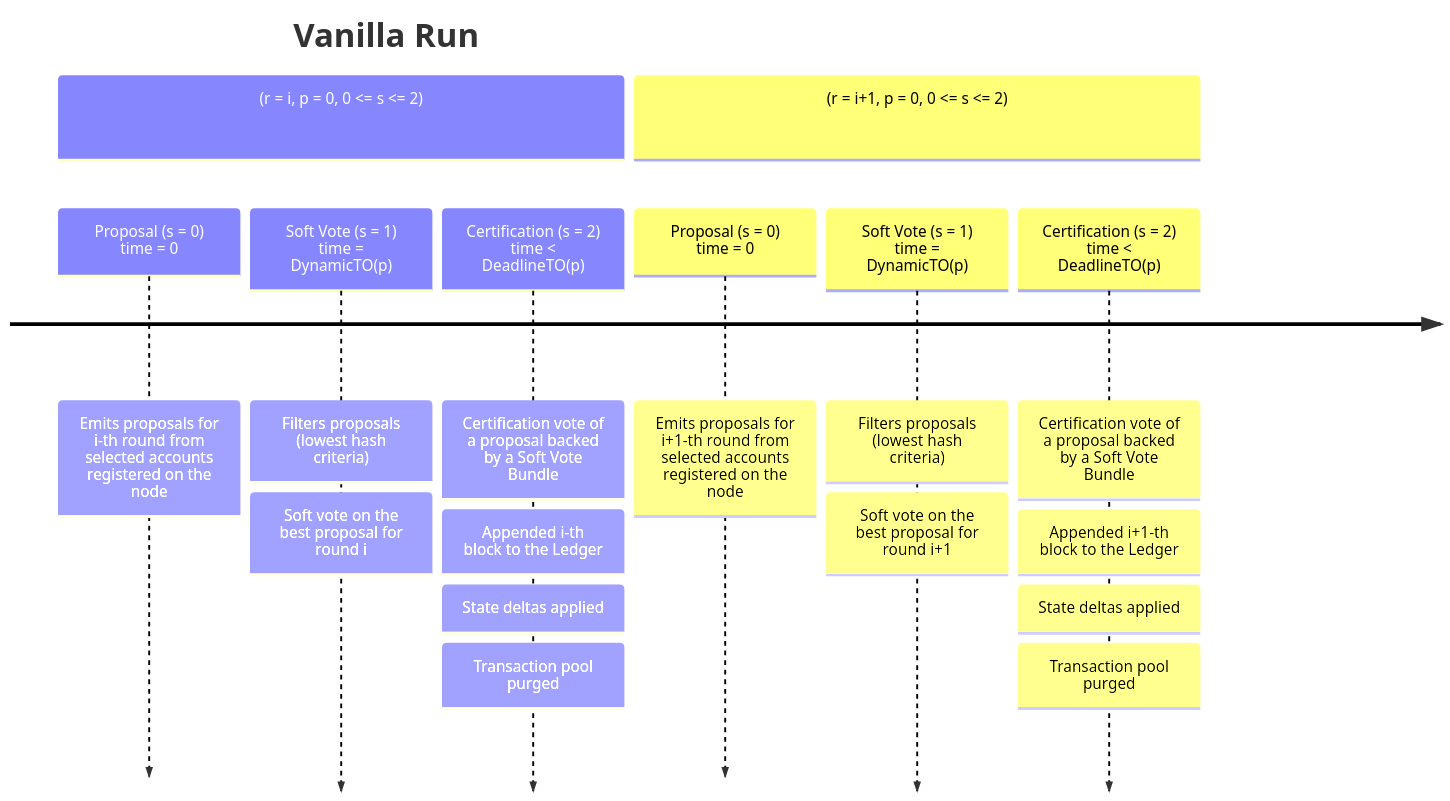
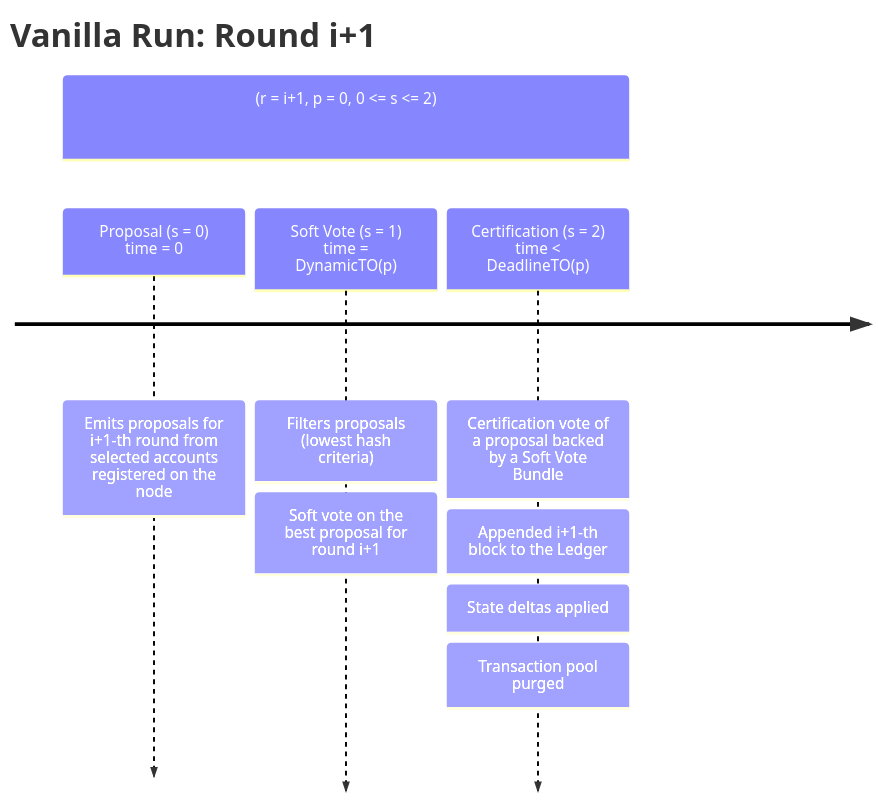
One commit to cce/specs changed the second of 2 diagrams in src/abft/non-normative/abft-nn-vanilla-run.md. Above: the diagram before and after it, drawn with Mermaid. The commit also changed 37 other files, not shown here.

````diff
--- a/src/abft/non-normative/abft-nn-vanilla-run.md
+++ b/src/abft/non-normative/abft-nn-vanilla-run.md
@@ -41,18 +53,11 @@
 ```mermaid
 timeline
-    title Vanilla Run
-    section (r = i, p = 0, 0 <= s <= 2)
-        Proposal (s = 0) time = 0                   : Emits proposals for i-th round from selected accounts registered on the node
-        Soft Vote (s = 1) time = DynamicTO(p)       : Filters proposals (lowest hash criteria) : Soft vote on the best proposal for round i
-        Certification (s = 2) time < DeadlineTO(p)  : Certification vote of a proposal backed by a Soft Vote Bundle
-                                                    : Appended i-th block to the Ledger
-                                                    : State deltas applied
-                                                    : Transaction pool purged
+    title Vanilla Run: Round i+1
     section (r = i+1, p = 0, 0 <= s <= 2)
         Proposal (s = 0) time = 0                   : Emits proposals for i+1-th round from selected accounts registered on the node
         Soft Vote (s = 1) time = DynamicTO(p)       : Filters proposals (lowest hash criteria) : Soft vote on the best proposal for round i+1
         Certification (s = 2) time < DeadlineTO(p)  : Certification vote of a proposal backed by a Soft Vote Bundle
                                                     : Appended i+1-th block to the Ledger
                                                     : State deltas applied
                                                     : Transaction pool purged
 ```
````
